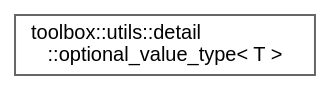
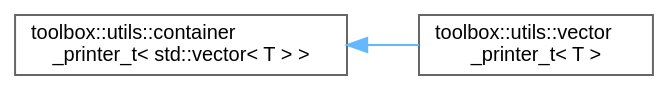
One commit to nerdneilsfield/cpp-toolbox changed the diagram in inherit_graph_81.dot. Above: the diagram before and after it, drawn with Graphviz. The commit also changed 158 other files, not shown here.

```diff
--- a/inherit_graph_81.dot
+++ b/inherit_graph_81.dot
@@ -1,9 +1,11 @@
 digraph "Graphical Class Hierarchy"
 {
  // LATEX_PDF_SIZE
   bgcolor="transparent";
   edge [fontname=Helvetica,fontsize=10,labelfontname=Helvetica,labelfontsize=10];
   node [fontname=Helvetica,fontsize=10,shape=box,height=0.2,width=0.4];
   rankdir="LR";
-  Node0 [id="Node000000",label="toolbox::utils::detail\l::optional_value_type\< T \>",height=0.2,width=0.4,color="grey40", fillcolor="white", style="filled",URL="$structtoolbox_1_1utils_1_1detail_1_1optional__value__type.html",tooltip=" "];
+  Node0 [id="Node000000",label="toolbox::utils::container\l_printer_t\< std::vector\< T \> \>",height=0.2,width=0.4,color="grey40", fillcolor="white", style="filled",URL="$classtoolbox_1_1utils_1_1container__printer__t.html",tooltip=" "];
+  Node0 -> Node1 [id="edge52_Node000000_Node000001",dir="back",color="steelblue1",style="solid",tooltip=" "];
+  Node1 [id="Node000001",label="toolbox::utils::vector\l_printer_t\< T \>",height=0.2,width=0.4,color="grey40", fillcolor="white", style="filled",URL="$classtoolbox_1_1utils_1_1vector__printer__t.html",tooltip="Vector 打印器/Vector printer."];
 }
```
